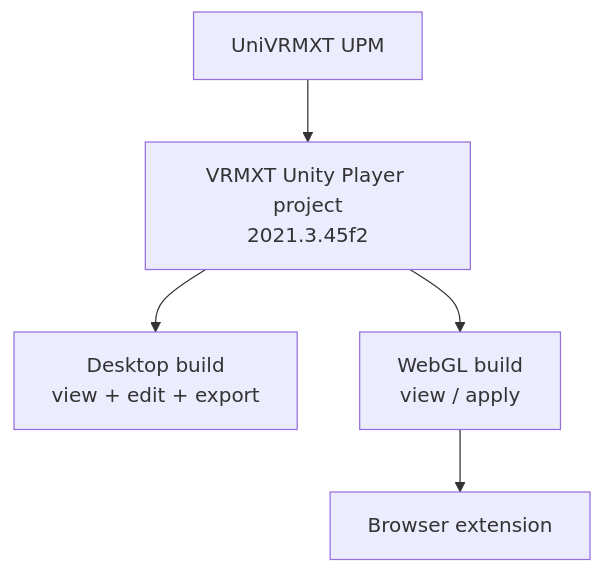
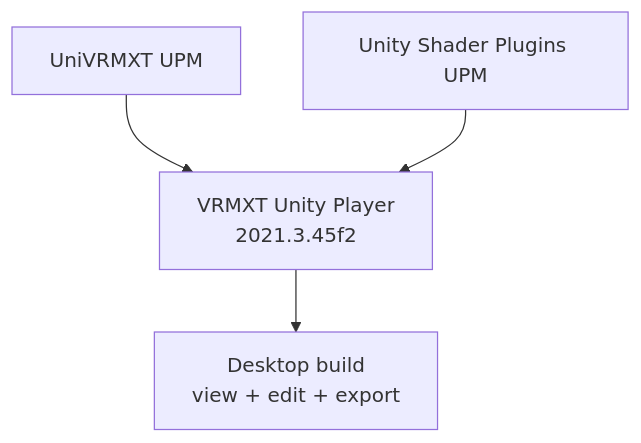
One commit to miramocha/Extended-VRM-Specs changed the diagram in implementations/vrmxt-unity-player.md. Above: the diagram before and after it, drawn with Mermaid. The commit also changed other lines of this file and 12 other files, not shown here.

First line of the commit message:
docs: make desktop Unity Player the primary consumer path

````diff
--- a/implementations/vrmxt-unity-player.md
+++ b/implementations/vrmxt-unity-player.md
@@ -71,12 +74,10 @@
 ```mermaid
 flowchart TB
   pkg["UniVRMXT UPM"]
-  app["VRMXT Unity Player project<br/>2021.3.45f2"]
+  shaders["Unity Shader Plugins UPM"]
+  app["VRMXT Unity Player<br/>2021.3.45f2"]
   desk["Desktop build<br/>view + edit + export"]
-  web["WebGL build<br/>view / apply"]
-  ext["Browser extension"]
   pkg --> app
+  shaders --> app
   app --> desk
-  app --> web
-  web --> ext
 ```
````
